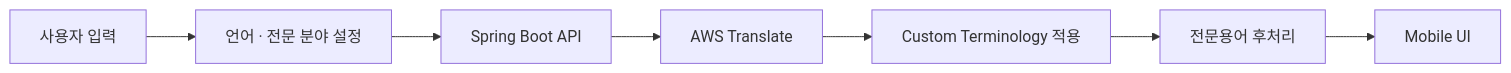
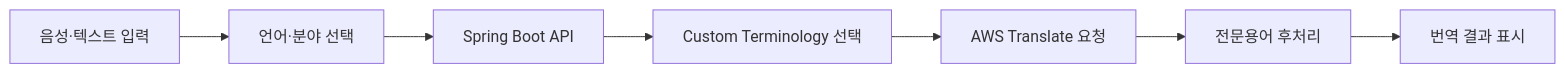
The second of 4 diagrams in README.md (minjuko/transmate), drawn with Mermaid before and after one commit. The commit also changed other lines of this file, not shown here.

````diff
--- a/README.md
+++ b/README.md
@@ -89,9 +106,9 @@
 ```mermaid
 flowchart LR
-    A[사용자 입력] --> B[언어 · 전문 분야 설정]
-    B --> C[Spring Boot API]
-    C --> D[AWS Translate]
-    D --> E[Custom Terminology 적용]
-    E --> F[전문용어 후처리]
-    F --> G[Mobile UI]
+    A["음성·텍스트 입력"] --> B["언어·분야 선택"]
+    B --> C["Spring Boot API"]
+    C --> D["Custom Terminology 선택"]
+    D --> E["AWS Translate 요청"]
+    E --> F["전문용어 후처리"]
+    F --> G["번역 결과 표시"]
 ```
````
